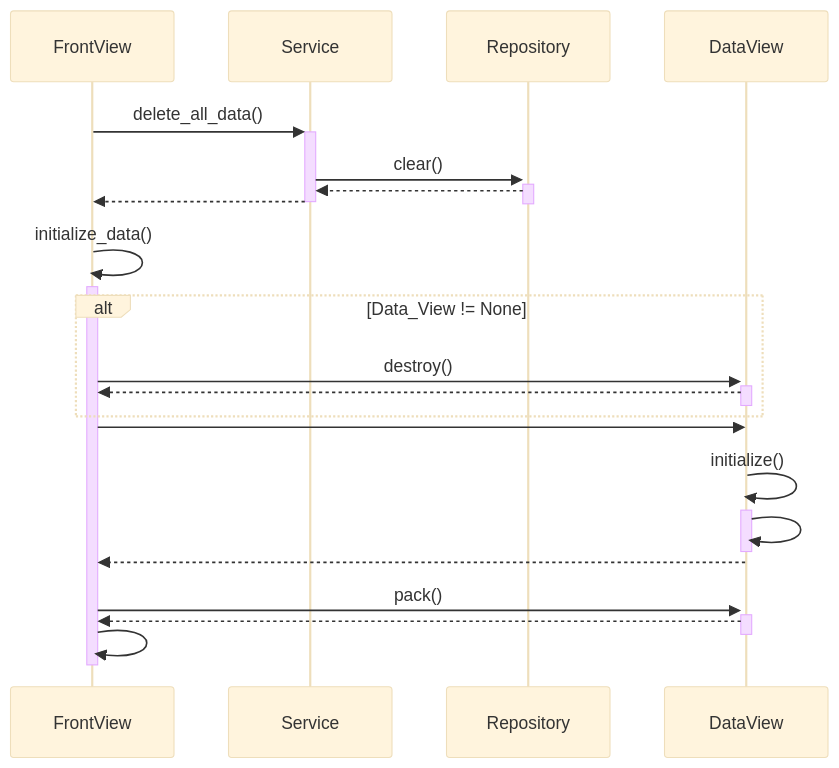
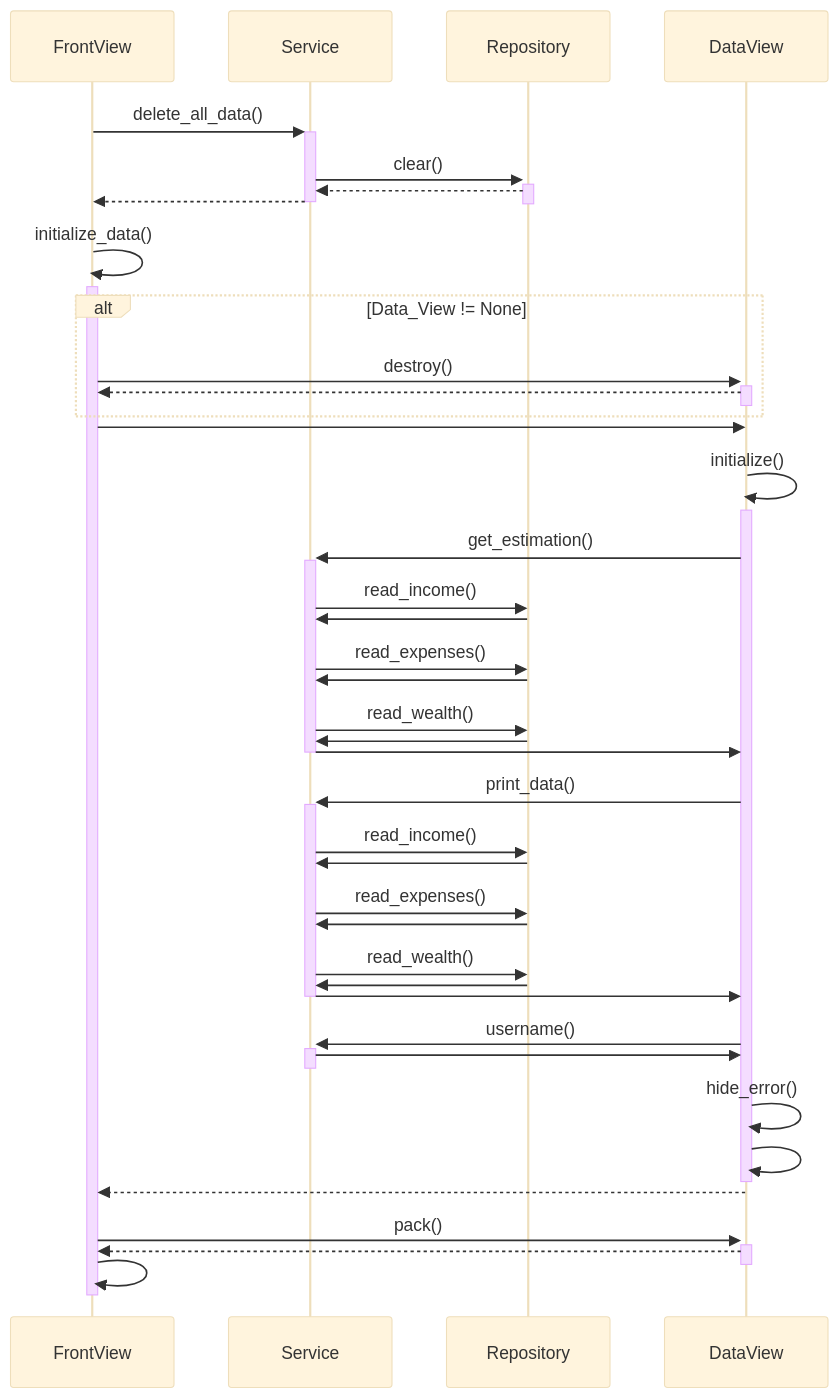
One commit to samusyrjanen/ot-harjoitustyo changed the second of 2 diagrams in harjoitustyo/dokumentaatio/arkkitehtuuri.md. Above: the diagram before and after it, drawn with Mermaid (base theme). The commit also changed other lines of this file and 8 other files, not shown here.

````diff
--- a/harjoitustyo/dokumentaatio/arkkitehtuuri.md
+++ b/harjoitustyo/dokumentaatio/arkkitehtuuri.md
@@ -21,19 +29,38 @@
 ```mermaid
 sequenceDiagram
     FrontView->>+Service: delete_all_data()
     Service->>+Repository: clear()
     Repository-->>-Service: 
     Service-->>-FrontView: 
     FrontView->>+FrontView: initialize_data()
     alt Data_View != None
         FrontView->>+DataView: destroy()
         DataView-->>-FrontView: 
     end
     FrontView->>DataView: 
     DataView->>+DataView: initialize()
+    DataView->>+Service: get_estimation()
+    Service->>Repository: read_income()
+    Repository->>Service: 
+    Service->>Repository: read_expenses()
+    Repository->>Service: 
+    Service->>Repository: read_wealth()
+    Repository->>Service: 
+    Service->>-DataView: 
+    DataView->>+Service: print_data()
+    Service->>Repository: read_income()
+    Repository->>Service: 
+    Service->>Repository: read_expenses()
+    Repository->>Service: 
+    Service->>Repository: read_wealth()
+    Repository->>Service: 
+    Service->>-DataView: 
+    DataView->>+Service: username()
+    Service->>-DataView: 
+    DataView->>DataView: hide_error()
     DataView->>-DataView: 
     DataView-->>FrontView: 
     FrontView->>+DataView: pack()
     DataView-->>-FrontView: 
     FrontView->>-FrontView: 
 ```
````
